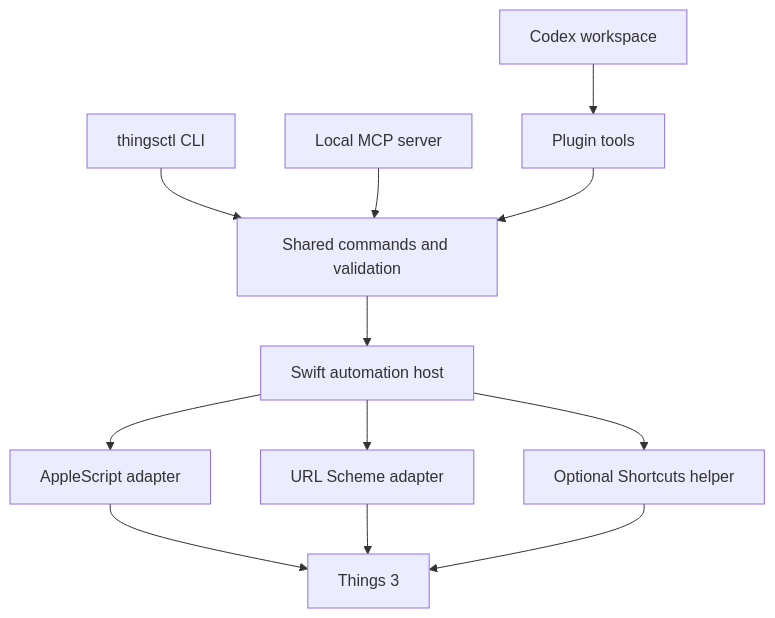
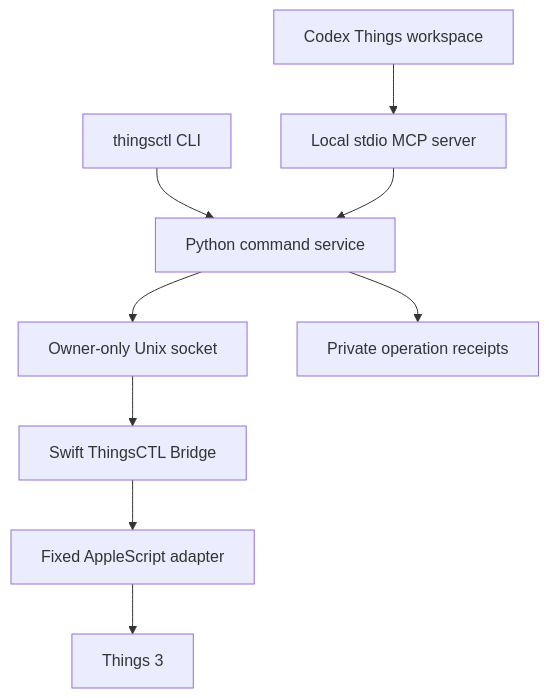
Before and after one commit to kianhub/thingsctl: the diagram in docs/ARCHITECTURE.md, drawn with Mermaid. The commit also changed other lines of this file and 68 other files, not shown here.

Commit message:
Implement ThingsCTL CLI, native bridge, and local Codex plugin

````diff
--- a/docs/ARCHITECTURE.md
+++ b/docs/ARCHITECTURE.md
@@ -7,14 +7,11 @@
 ```mermaid
 flowchart TD
-  CLI[thingsctl CLI] --> Core[Shared commands and validation]
-  MCP[Local MCP server] --> Core
-  UI[Codex workspace] --> Plugin[Plugin tools]
-  Plugin --> Core
-  Core --> Host[Swift automation host]
-  Host --> AS[AppleScript adapter]
-  Host --> URL[URL Scheme adapter]
-  Host --> SC[Optional Shortcuts helper]
+  CLI[thingsctl CLI] --> Core[Python command service]
+  UI[Codex Things workspace] --> MCP[Local stdio MCP server]
+  MCP --> Core
+  Core --> Socket[Owner-only Unix socket]
+  Socket --> Host[Swift ThingsCTL Bridge]
+  Host --> AS[Fixed AppleScript adapter]
   AS --> Things[Things 3]
-  URL --> Things
-  SC --> Things
+  Core --> Journal[Private operation receipts]
 ```
````
